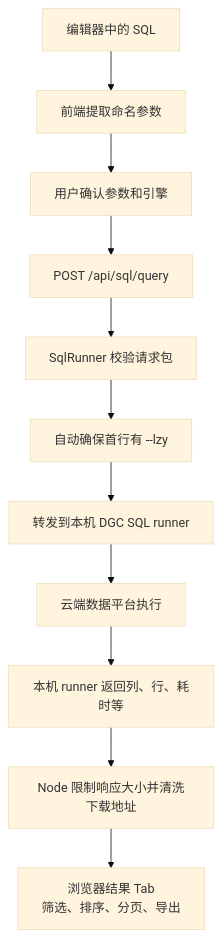
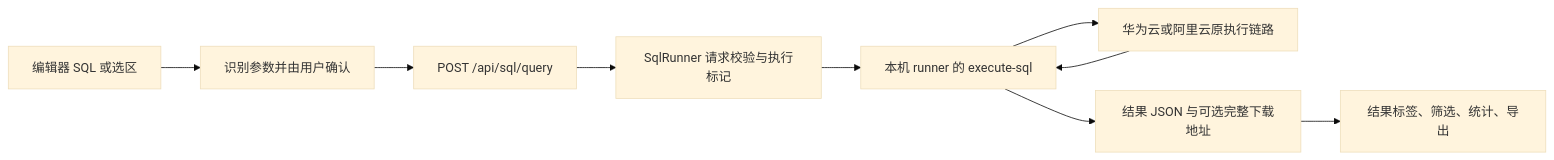
The sixth of 7 diagrams in 项目原理详解.md (liuxiansheng-w/codex_web_used_bybigdata), drawn with Mermaid (base theme) before and after one commit. The commit also changed other lines of this file and 63 other files, not shown here.

````diff
--- a/项目原理详解.md
+++ b/项目原理详解.md
@@ -347,13 +450,11 @@
 ```mermaid
-flowchart TD
-    A[编辑器中的 SQL] --> B[前端提取命名参数]
-    B --> C[用户确认参数和引擎]
-    C --> D[POST /api/sql/query]
-    D --> E[SqlRunner 校验请求包]
-    E --> F[自动确保首行有 --lzy]
-    F --> G[转发到本机 DGC SQL runner]
-    G --> H[云端数据平台执行]
-    H --> I[本机 runner 返回列、行、耗时等]
-    I --> J[Node 限制响应大小并清洗下载地址]
-    J --> K[浏览器结果 Tab<br/>筛选、排序、分页、导出]
+flowchart LR
+    Editor[编辑器 SQL 或选区] --> Params[识别参数并由用户确认]
+    Params --> API[POST /api/sql/query]
+    API --> Proxy[SqlRunner 请求校验与执行标记]
+    Proxy --> Local[本机 runner 的 execute-sql]
+    Local --> Remote[华为云或阿里云原执行链路]
+    Remote --> Local
+    Local --> Result[结果 JSON 与可选完整下载地址]
+    Result --> UI[结果标签、筛选、统计、导出]
 ```
````
